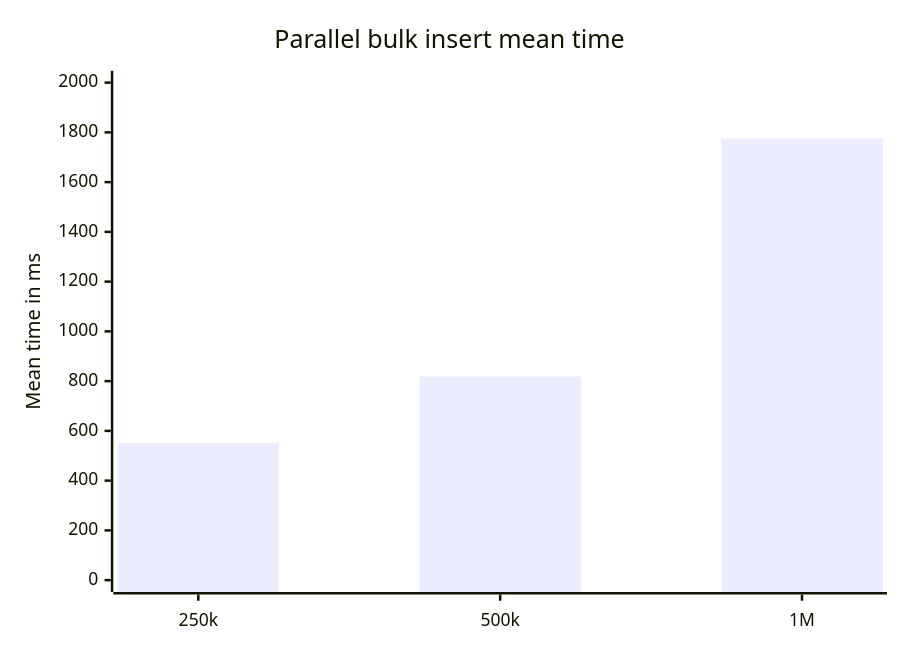
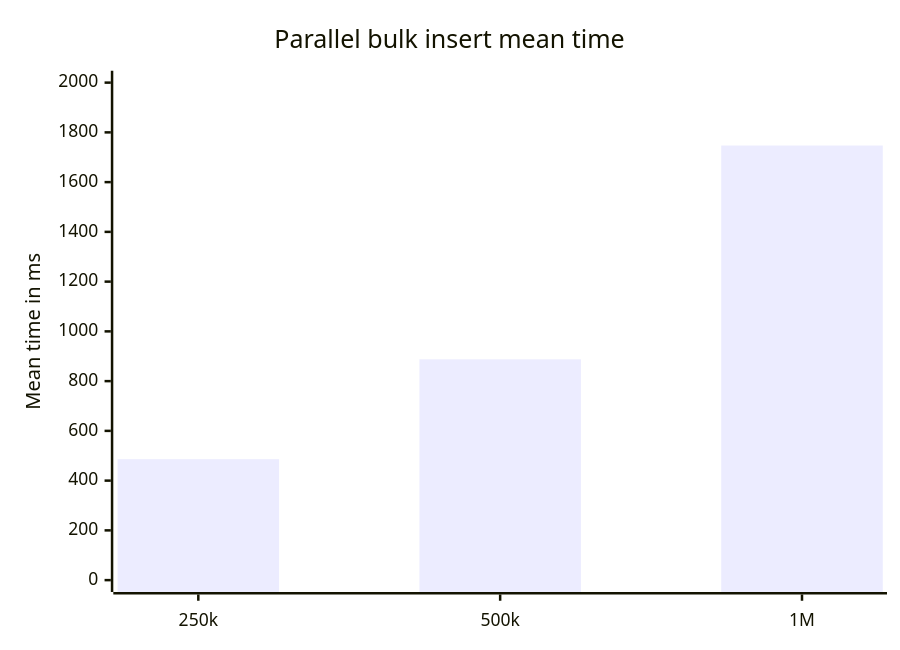
The third of 4 diagrams in README.md (SolidArcSoftware/DataArc.EntityFrameworkCore), drawn with Mermaid before and after one commit. The commit also changed other lines of this file and 16 other files, not shown here.

````diff
--- a/README.md
+++ b/README.md
@@ -724,7 +754,7 @@
 ```mermaid
 xychart-beta
     title "Parallel bulk insert mean time"
     x-axis ["250k", "500k", "1M"]
     y-axis "Mean time in ms" 0 --> 2000
-    bar [552.2, 818.4, 1775.7]
+    bar [486.2, 887.7, 1747.1]
 ```
````
